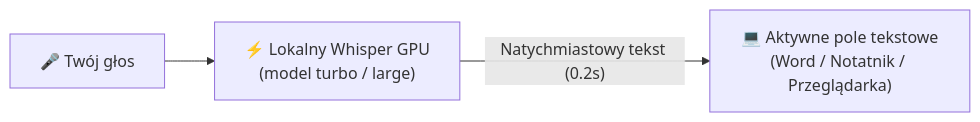
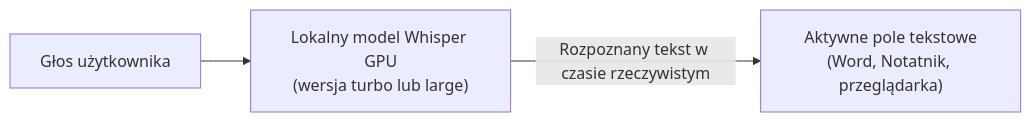
One commit to sooony/Whiscribe changed the first of 3 diagrams in README.md. Above: the diagram before and after it, drawn with Mermaid. The commit also changed other lines of this file and 1 other file, not shown here.

````diff
--- a/README.md
+++ b/README.md
@@ -48,5 +43,5 @@
 ```mermaid
 flowchart LR
-    A["🎤 Twój głos"] --> B["⚡ Lokalny Whisper GPU<br/>(model turbo / large)"]
-    B -->|"Natychmiastowy tekst (0.2s)"| C["💻 Aktywne pole tekstowe<br/>(Word / Notatnik / Przeglądarka)"]
+    A["Głos użytkownika"] --> B["Lokalny model Whisper GPU<br/>(wersja turbo lub large)"]
+    B -->|"Rozpoznany tekst w czasie rzeczywistym"| C["Aktywne pole tekstowe<br/>(Word, Notatnik, przeglądarka)"]
 ```
````
